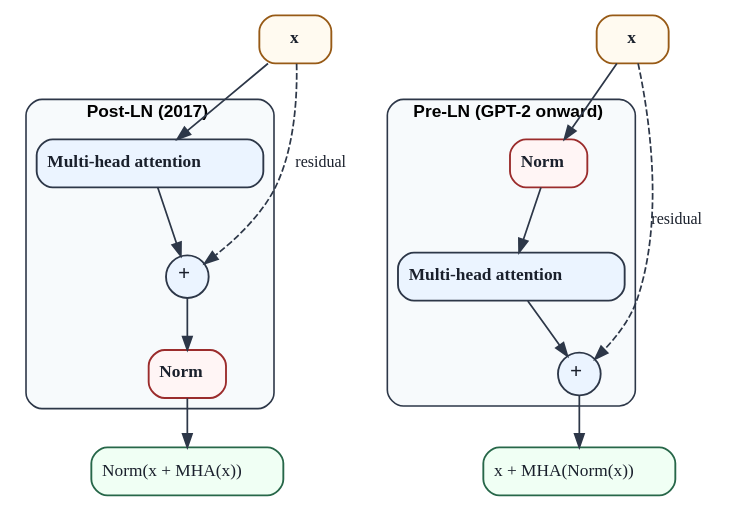
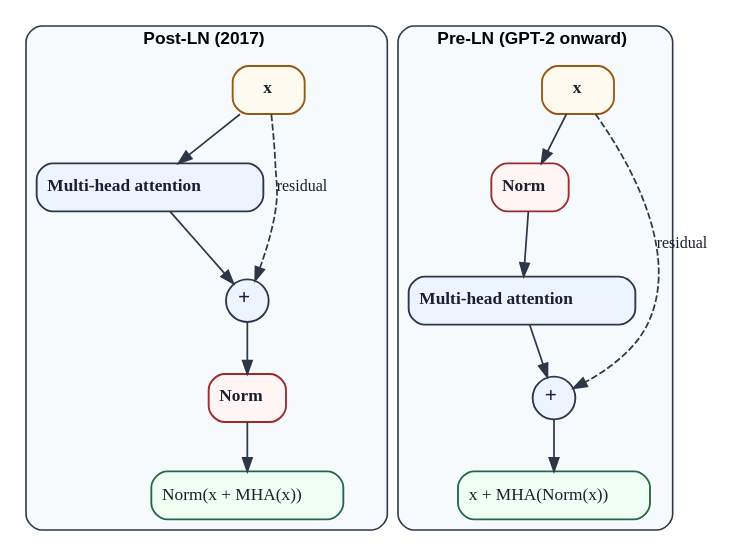
One commit to Beaker12/llmatlas changed the diagram in chapters/01-foundations/figures/transformer_block_norms.dot. Above: the diagram before and after it, drawn with Graphviz. The commit also changed 4 other files, not shown here.

```diff
--- a/chapters/01-foundations/figures/transformer_block_norms.dot
+++ b/chapters/01-foundations/figures/transformer_block_norms.dot
@@ -1,32 +1,30 @@
 digraph TransformerBlockNorms {
     graph [fontname="Arial" fontsize=13 bgcolor=white];
 
     subgraph cluster_post {
         label=<<b>Post-LN (2017)</b>>; fontsize=13; style="rounded,filled"; fillcolor="#f7fafc"; color="#2d3748"; penwidth=1.2;
         a0 [label=<<b>x</b>> shape=box style="rounded,filled" fillcolor="#fffaf0" color="#975a16" penwidth=1.4 fontsize=13 fontcolor="#1a202c"];
         a1 [label=<<b>Multi-head attention</b>> shape=box style="rounded,filled" fillcolor="#ebf4ff" color="#2d3748" penwidth=1.4 fontsize=13 fontcolor="#1a202c"];
         a2 [label=<<b>+</b>> shape=circle style="filled" fillcolor="#ebf4ff" color="#2d3748" penwidth=1.4 fontsize=13 fontcolor="#1a202c" width=0.45 fixedsize=true fontsize=16];
         a3 [label=<<b>Norm</b>> shape=box style="rounded,filled" fillcolor="#fff5f5" color="#9b2c2c" penwidth=1.4 fontsize=13 fontcolor="#1a202c"];
         a4 [label=<Norm(x + MHA(x))> shape=box style="rounded,filled" fillcolor="#f0fff4" color="#276749" penwidth=1.4 fontsize=13 fontcolor="#1a202c"];
         a0 -> a1 [color="#2d3748" penwidth=1.3 fontsize=12 fontcolor="#1a202c"];
         a1 -> a2 [color="#2d3748" penwidth=1.3 fontsize=12 fontcolor="#1a202c"];
         a2 -> a3 [color="#2d3748" penwidth=1.3 fontsize=12 fontcolor="#1a202c"];
         a3 -> a4 [color="#2d3748" penwidth=1.3 fontsize=12 fontcolor="#1a202c"];
         a0 -> a2 [color="#2d3748" penwidth=1.3 fontsize=12 fontcolor="#1a202c" label=<residual> style=dashed];
     }
     subgraph cluster_pre {
         label=<<b>Pre-LN (GPT-2 onward)</b>>; fontsize=13; style="rounded,filled"; fillcolor="#f7fafc"; color="#2d3748"; penwidth=1.2;
         b0 [label=<<b>x</b>> shape=box style="rounded,filled" fillcolor="#fffaf0" color="#975a16" penwidth=1.4 fontsize=13 fontcolor="#1a202c"];
         b1 [label=<<b>Norm</b>> shape=box style="rounded,filled" fillcolor="#fff5f5" color="#9b2c2c" penwidth=1.4 fontsize=13 fontcolor="#1a202c"];
         b2 [label=<<b>Multi-head attention</b>> shape=box style="rounded,filled" fillcolor="#ebf4ff" color="#2d3748" penwidth=1.4 fontsize=13 fontcolor="#1a202c"];
         b3 [label=<<b>+</b>> shape=circle style="filled" fillcolor="#ebf4ff" color="#2d3748" penwidth=1.4 fontsize=13 fontcolor="#1a202c" width=0.45 fixedsize=true fontsize=16];
         b4 [label=<x + MHA(Norm(x))> shape=box style="rounded,filled" fillcolor="#f0fff4" color="#276749" penwidth=1.4 fontsize=13 fontcolor="#1a202c"];
         b0 -> b1 [color="#2d3748" penwidth=1.3 fontsize=12 fontcolor="#1a202c"];
         b1 -> b2 [color="#2d3748" penwidth=1.3 fontsize=12 fontcolor="#1a202c"];
         b2 -> b3 [color="#2d3748" penwidth=1.3 fontsize=12 fontcolor="#1a202c"];
         b3 -> b4 [color="#2d3748" penwidth=1.3 fontsize=12 fontcolor="#1a202c"];
         b0 -> b3 [color="#2d3748" penwidth=1.3 fontsize=12 fontcolor="#1a202c" label=<residual> style=dashed];
     }
-    { rank=same; a0; b0; }
-    { rank=same; a4; b4; }
 }
```
